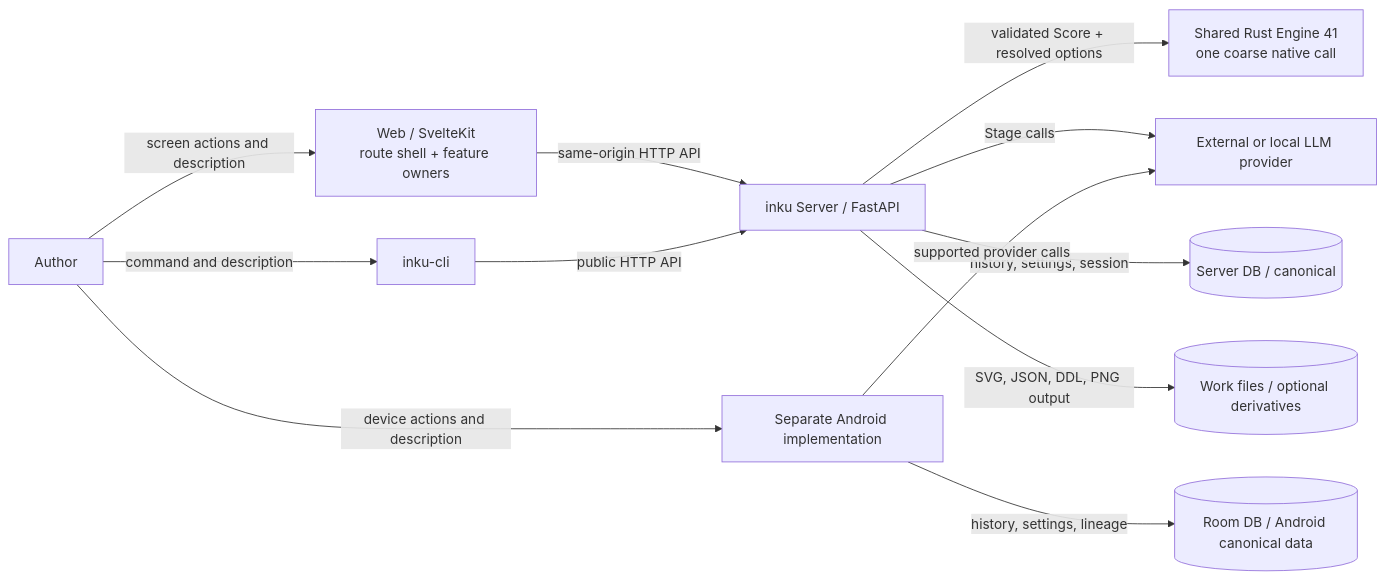
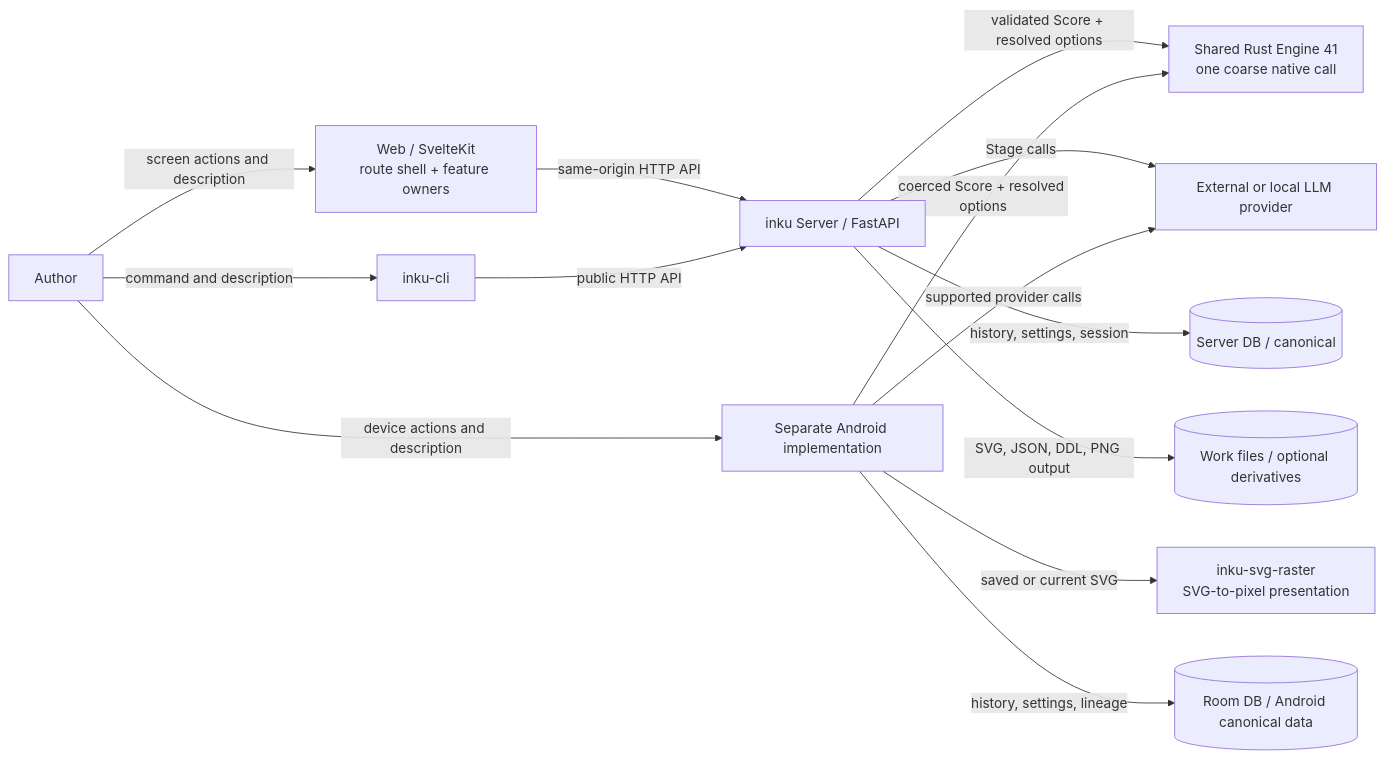
One commit to oikawas/inku-lang changed the diagram in docs/architecture/system-context.md. Above: the diagram before and after it, drawn with Mermaid. The commit also changed other lines of this file and 1237 other files, not shown here.

````diff
--- a/docs/architecture/system-context.md
+++ b/docs/architecture/system-context.md
@@ -5,25 +5,28 @@
 ```mermaid
 flowchart LR
     SYS_USER["Author"]
     SYS_WEB["Web / SvelteKit\nroute shell + feature owners"]
     SYS_CLI["inku-cli"]
     SYS_ANDROID["Separate Android implementation"]
     SYS_API["inku Server / FastAPI"]
     SYS_CORE["Shared Rust Engine 41\none coarse native call"]
+    SYS_RASTER["inku-svg-raster\nSVG-to-pixel presentation"]
     SYS_LLM["External or local LLM provider"]
     SYS_DB[("Server DB / canonical")]
     SYS_FILES[("Work files / optional derivatives")]
     ANDROID_DB[("Room DB / Android canonical data")]
 
     SYS_USER -->|"screen actions and description"| SYS_WEB
     SYS_USER -->|"command and description"| SYS_CLI
     SYS_USER -->|"device actions and description"| SYS_ANDROID
     SYS_WEB -->|"same-origin HTTP API"| SYS_API
     SYS_CLI -->|"public HTTP API"| SYS_API
     SYS_API -->|"validated Score + resolved options"| SYS_CORE
+    SYS_ANDROID -->|"coerced Score + resolved options"| SYS_CORE
+    SYS_ANDROID -->|"saved or current SVG"| SYS_RASTER
     SYS_API -->|"Stage calls"| SYS_LLM
     SYS_API -->|"history, settings, session"| SYS_DB
     SYS_API -->|"SVG, JSON, DDL, PNG output"| SYS_FILES
     SYS_ANDROID -->|"supported provider calls"| SYS_LLM
     SYS_ANDROID -->|"history, settings, lineage"| ANDROID_DB
 ```
````
